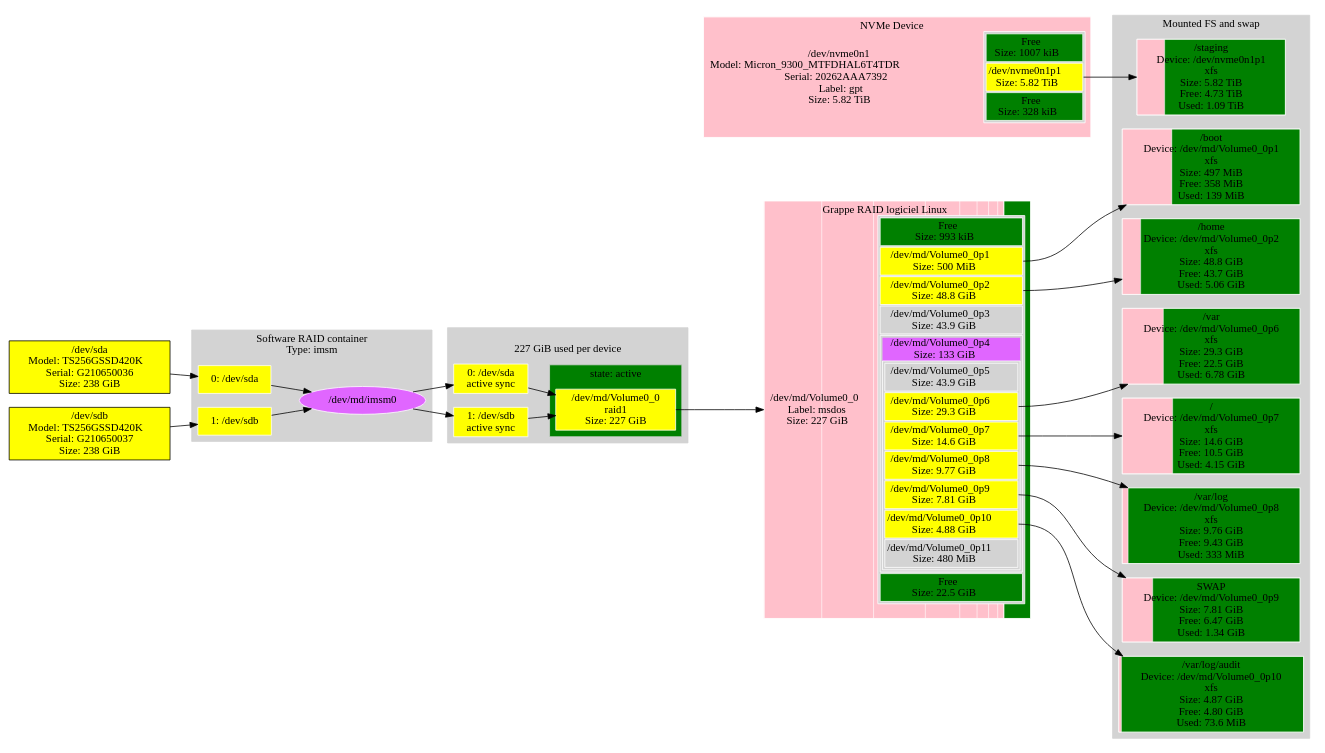
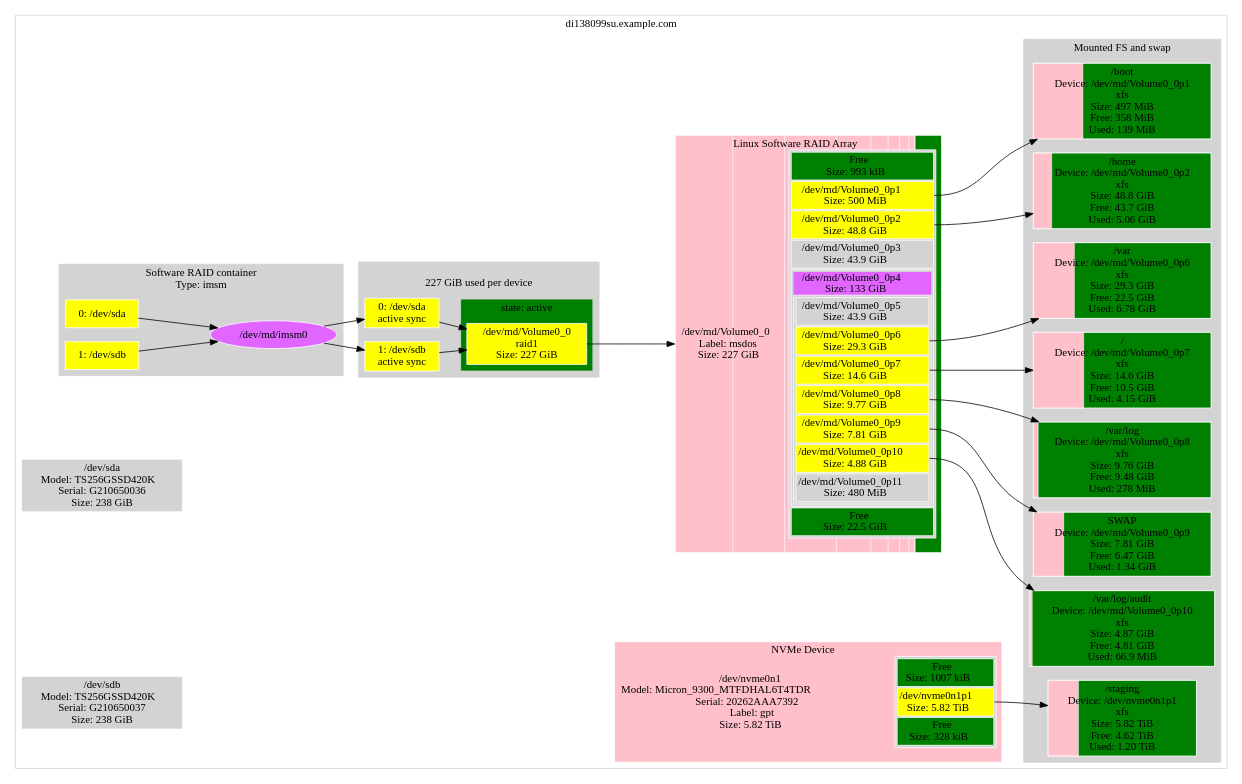
The diagram in distros/S/StorageDisplay/data/di138099su.ref.dot (metacpan/metacpan-cpan-extracted), drawn with Graphviz before and after one commit. The commit also changed 2507 other files, not shown here.

```diff
--- a/distros/S/StorageDisplay/data/di138099su.ref.dot
+++ b/distros/S/StorageDisplay/data/di138099su.ref.dot
@@ -1,253 +1,302 @@
-digraph "machine"{
-	rankdir=LR;
-	{ "@Part: md126" [
-		label=<<TABLE BORDER="0" CELLPADDING="0" CELLSPACING="0">
-				<TR> <TD COLSPAN="2">Grappe RAID logiciel Linux</TD> </TR><TR><TD >/dev/md/Volume0_0<BR/>Label: msdos<BR/>Size: 227 GiB</TD>    <TD BGCOLOR="lightgrey">
-				<TABLE >
-					<TR>
-						<TD bgcolor="green">
-						Free<BR/>Size: 993 kiB
-						</TD>
-					</TR>
-					<TR>
-						<TD PORT="1" BGCOLOR="yellow">
-						/dev/md/Volume0_0p1<BR/>Size: 500 MiB
-						</TD>
-					</TR>
-					<TR>
-						<TD PORT="2" BGCOLOR="yellow">
-						/dev/md/Volume0_0p2<BR/>Size: 48.8 GiB
-						</TD>
-					</TR>
-					<TR>
-						<TD PORT="3" BGCOLOR="lightgrey">
-						/dev/md/Volume0_0p3<BR/>Size: 43.9 GiB
-						</TD>
-					</TR>
-					<TR>
-						<TD>
-							<TABLE BORDER="0" CELLPADDING="0" CELLSPACING="0"><TR>
-							<TD PORT="4" BGCOLOR="mediumorchid1">
-							/dev/md/Volume0_0p4<BR/>Size: 133 GiB
-							</TD></TR><TR><TD>
-							<TABLE >
-								<TR>
-									<TD PORT="5" BGCOLOR="lightgrey">
-									/dev/md/Volume0_0p5<BR/>Size: 43.9 GiB
-									</TD>
-								</TR>
-								<TR>
-									<TD PORT="6" BGCOLOR="yellow">
-									/dev/md/Volume0_0p6<BR/>Size: 29.3 GiB
-									</TD>
-								</TR>
-								<TR>
-									<TD PORT="7" BGCOLOR="yellow">
-									/dev/md/Volume0_0p7<BR/>Size: 14.6 GiB
-									</TD>
-								</TR>
-								<TR>
-									<TD PORT="8" BGCOLOR="yellow">
-									/dev/md/Volume0_0p8<BR/>Size: 9.77 GiB
-									</TD>
-								</TR>
-								<TR>
-									<TD PORT="9" BGCOLOR="yellow">
-									/dev/md/Volume0_0p9<BR/>Size: 7.81 GiB
-									</TD>
-								</TR>
-								<TR>
-									<TD PORT="10" BGCOLOR="yellow">
-									/dev/md/Volume0_0p10<BR/>Size: 4.88 GiB
-									</TD>
-								</TR>
-								<TR>
-									<TD PORT="11" BGCOLOR="lightgrey">
-									/dev/md/Volume0_0p11<BR/>Size: 480 MiB
-									</TD>
-								</TR>
-							</TABLE>
-							</TD></TR></TABLE>
-						</TD>
-					</TR>
-					<TR>
-						<TD bgcolor="green">
-						Free<BR/>Size: 22.5 GiB
-						</TD>
-					</TR>
-				</TABLE>
-				</TD> </TR><TR> <TD COLSPAN="2"> </TD> </TR>
-			</TABLE>
-		>;
-		// Style node
-		color=white;
-		fillcolor=lightgrey;
-		shape="rectangle";
-		style=striped;
-		fillcolor="green;0.000004:pink;0.002155:pink;0.215532:pink;0.193979:pink;0.193979:pink;0.129319:pink;0.064660:pink;0.043106:pink;0.034485:pink;0.021553:pink;0.002069:green;0.099123";
-	]; }
-	{ "@Part: nvme0n1" [
-		label=<<TABLE BORDER="0" CELLPADDING="0" CELLSPACING="0">
-				<TR> <TD COLSPAN="2">NVMe Device</TD> </TR><TR><TD >/dev/nvme0n1<BR/>Model: Micron_9300_MTFDHAL6T4TDR               <BR/>Serial: 20262AAA7392<BR/>Label: gpt<BR/>Size: 5.82 TiB</TD>    <TD BGCOLOR="lightgrey">
-				<TABLE >
-					<TR>
-						<TD bgcolor="green">
-						Free<BR/>Size: 1007 kiB
-						</TD>
-					</TR>
-					<TR>
-						<TD PORT="1" BGCOLOR="yellow">
-						/dev/nvme0n1p1<BR/>Size: 5.82 TiB
-						</TD>
-					</TR>
-					<TR>
-						<TD bgcolor="green">
-						Free<BR/>Size: 328 kiB
-						</TD>
-					</TR>
-				</TABLE>
-				</TD> </TR><TR> <TD COLSPAN="2"> </TD> </TR>
-			</TABLE>
-		>;
-		// Style node
-		color=white;
-		fillcolor=lightgrey;
-		shape="rectangle";
-		style=striped;
-		fillcolor="green;0.000000:pink;1.000000:green;0.000000";
-	]; }
-	subgraph "cluster_@MD@md126" {
+digraph "di138099su.example.com"{ // HEADER: MACHINE
+	rankdir=LR; // HEADER: MACHINE
+	subgraph "cluster_machine@di138099su.example.com" {
 		style=filled;
 		color=lightgrey;
-		fillcolor=lightgrey;
-		node [style=filled,color=white,fillcolor=lightgrey,shape=rectangle];
-		subgraph "cluster_md126@@state" {
-			{ "md126" [
-				label="/dev/md/Volume0_0\nraid1\nSize: 227 GiB";
-				fillcolor="yellow"
+		fillcolor=white;
+		node [style=filled,color=white,fillcolor=white,shape=rectangle];
+			{ "machine@di138099su.example.com|Partition::MSDOS@md126" [
+				label=<<TABLE BORDER="0" CELLPADDING="0" CELLSPACING="0">
+						<TR> <TD COLSPAN="2">Linux Software RAID Array</TD> </TR><TR><TD >/dev/md/Volume0_0<BR/>Label: msdos<BR/>Size: 227 GiB</TD>    <TD BGCOLOR="lightgrey">
+						<TABLE >
+							<TR>
+								<TD bgcolor="green">
+								Free<BR/>Size: 993 kiB
+								</TD>
+							</TR>
+							<TR>
+								<TD PORT="1" BGCOLOR="yellow">
+								/dev/md/Volume0_0p1<BR/>Size: 500 MiB
+								</TD>
+							</TR>
+							<TR>
+								<TD PORT="2" BGCOLOR="yellow">
+								/dev/md/Volume0_0p2<BR/>Size: 48.8 GiB
+								</TD>
+							</TR>
+							<TR>
+								<TD PORT="3" BGCOLOR="lightgrey">
+								/dev/md/Volume0_0p3<BR/>Size: 43.9 GiB
+								</TD>
+							</TR>
+							<TR>
+								<TD>
+									<TABLE BORDER="0" CELLPADDING="0" CELLSPACING="0"><TR>
+									<TD PORT="4" BGCOLOR="mediumorchid1">
+									/dev/md/Volume0_0p4<BR/>Size: 133 GiB
+									</TD></TR><TR><TD>
+									<TABLE >
+										<TR>
+											<TD PORT="5" BGCOLOR="lightgrey">
+											/dev/md/Volume0_0p5<BR/>Size: 43.9 GiB
+											</TD>
+										</TR>
+										<TR>
+											<TD PORT="6" BGCOLOR="yellow">
+											/dev/md/Volume0_0p6<BR/>Size: 29.3 GiB
+											</TD>
+										</TR>
+										<TR>
+											<TD PORT="7" BGCOLOR="yellow">
+											/dev/md/Volume0_0p7<BR/>Size: 14.6 GiB
+											</TD>
+										</TR>
+										<TR>
+											<TD PORT="8" BGCOLOR="yellow">
+											/dev/md/Volume0_0p8<BR/>Size: 9.77 GiB
+											</TD>
+										</TR>
+										<TR>
+											<TD PORT="9" BGCOLOR="yellow">
+											/dev/md/Volume0_0p9<BR/>Size: 7.81 GiB
+											</TD>
+										</TR>
+										<TR>
+											<TD PORT="10" BGCOLOR="yellow">
+											/dev/md/Volume0_0p10<BR/>Size: 4.88 GiB
+											</TD>
+										</TR>
+										<TR>
+											<TD PORT="11" BGCOLOR="lightgrey">
+											/dev/md/Volume0_0p11<BR/>Size: 480 MiB
+											</TD>
+										</TR>
+									</TABLE>
+									</TD></TR></TABLE>
+								</TD>
+							</TR>
+							<TR>
+								<TD bgcolor="green">
+								Free<BR/>Size: 22.5 GiB
+								</TD>
+							</TR>
+						</TABLE>
+						</TD> </TR><TR> <TD COLSPAN="2"> </TD> </TR>
+					</TABLE>
+				>;
+				// Style node
+				color=white;
+				fillcolor=lightgrey;
+				shape="rectangle";
+				style=striped;
+				fillcolor="green;0.000004:pink;0.002155:pink;0.215532:pink;0.193979:pink;0.193979:pink;0.129319:pink;0.064660:pink;0.043106:pink;0.034485:pink;0.021553:pink;0.002069:green;0.099123";
 			]; }
-			label="state: active ";
-			shape=oval
-			fillcolor=green
-		}
-		{ "@MD@md126@dev@sda" [
-			label="0: /dev/sda\nactive sync";
-			fillcolor=yellow
-		]; }
-		{ "@MD@md126@dev@sdb" [
-			label="1: /dev/sdb\nactive sync";
-			fillcolor=yellow
-		]; }
-		label="\n227 GiB used per device";
+			{ "machine@di138099su.example.com|Partition::GPT@nvme0n1" [
+				label=<<TABLE BORDER="0" CELLPADDING="0" CELLSPACING="0">
+						<TR> <TD COLSPAN="2">NVMe Device</TD> </TR><TR><TD >/dev/nvme0n1<BR/>Model: Micron_9300_MTFDHAL6T4TDR               <BR/>Serial: 20262AAA7392<BR/>Label: gpt<BR/>Size: 5.82 TiB</TD>    <TD BGCOLOR="lightgrey">
+						<TABLE >
+							<TR>
+								<TD bgcolor="green">
+								Free<BR/>Size: 1007 kiB
+								</TD>
+							</TR>
+							<TR>
+								<TD PORT="1" BGCOLOR="yellow">
+								/dev/nvme0n1p1<BR/>Size: 5.82 TiB
+								</TD>
+							</TR>
+							<TR>
+								<TD bgcolor="green">
+								Free<BR/>Size: 328 kiB
+								</TD>
+							</TR>
+						</TABLE>
+						</TD> </TR><TR> <TD COLSPAN="2"> </TD> </TR>
+					</TABLE>
+				>;
+				// Style node
+				color=white;
+				fillcolor=lightgrey;
+				shape="rectangle";
+				style=striped;
+				fillcolor="green;0.000000:pink;1.000000:green;0.000000";
+			]; }
+			subgraph "cluster_machine@di138099su.example.com|RAID::MD@md126" {
+				style=filled;
+				color=lightgrey;
+				fillcolor=lightgrey;
+				node [style=filled,color=white,fillcolor=lightgrey,shape=rectangle];
+				subgraph "cluster_machine@di138099su.example.com|RAID::MD@md126|::State" {
+					{ "machine@di138099su.example.com|RAID::MD@md126|::State|::RaidDevice@md126" [
+						label="/dev/md/Volume0_0\nraid1\nSize: 227 GiB";
+						fillcolor="yellow"
+					]; }
+					label="state: active ";
+					shape=oval
+					fillcolor=green
+				}
+				{ "machine@di138099su.example.com|RAID::MD@md126|::Device@sda" [
+					label="0: /dev/sda\nactive sync";
+					fillcolor=yellow
+				]; }
+				{ "machine@di138099su.example.com|RAID::MD@md126|::Device@sdb" [
+					label="1: /dev/sdb\nactive sync";
+					fillcolor=yellow
+				]; }
+				label="\n227 GiB used per device";
+			}
+			subgraph "cluster_machine@di138099su.example.com|RAID::MD::Container@md127" {
+				style=filled;
+				color=lightgrey;
+				fillcolor=lightgrey;
+				node [style=filled,color=white,fillcolor=lightgrey,shape=rectangle];
+				{ "machine@di138099su.example.com|RAID::MD::Container@md127|RAID::ContainerDevice@md127" [
+					label="/dev/md/imsm0";
+					shape=oval;
+					fillcolor=mediumorchid1;
+				]; }
+				{ "machine@di138099su.example.com|RAID::MD::Container@md127|RAID::Device@sda" [
+					label="0: /dev/sda";
+					fillcolor=yellow
+				]; }
+				{ "machine@di138099su.example.com|RAID::MD::Container@md127|RAID::Device@sdb" [
+					label="1: /dev/sdb";
+					fillcolor=yellow
+				]; }
+				label="Software RAID container\nType: imsm";
+			}
+			subgraph "cluster_machine@di138099su.example.com|FS" {
+				style=filled;
+				color=lightgrey;
+				fillcolor=lightgrey;
+				node [style=filled,color=white,fillcolor=lightgrey,shape=rectangle];
+				{ "machine@di138099su.example.com|FS|::FS@/boot" [
+					label="/boot\nDevice: /dev/md/Volume0_0p1\nxfs\nSize: 497 MiB\nFree: 358 MiB\nUsed: 139 MiB";
+					style=striped;fillcolor="pink;0.279154.2:green"
+				]; }
+				{ "machine@di138099su.example.com|FS|::FS@/var/log/audit" [
+					label="/var/log/audit\nDevice: /dev/md/Volume0_0p10\nxfs\nSize: 4.87 GiB\nFree: 4.81 GiB\nUsed: 66.9 MiB";
+					style=striped;fillcolor="pink;0.013411.2:green"
+				]; }
+				{ "machine@di138099su.example.com|FS|::FS@/home" [
+					label="/home\nDevice: /dev/md/Volume0_0p2\nxfs\nSize: 48.8 GiB\nFree: 43.7 GiB\nUsed: 5.06 GiB";
+					style=striped;fillcolor="pink;0.103745.2:green"
+				]; }
+				{ "machine@di138099su.example.com|FS|::FS@/var" [
+					label="/var\nDevice: /dev/md/Volume0_0p6\nxfs\nSize: 29.3 GiB\nFree: 22.5 GiB\nUsed: 6.78 GiB";
+					style=striped;fillcolor="pink;0.231451.2:green"
+				]; }
+				{ "machine@di138099su.example.com|FS|::FS@/" [
+					label="/\nDevice: /dev/md/Volume0_0p7\nxfs\nSize: 14.6 GiB\nFree: 10.5 GiB\nUsed: 4.15 GiB";
+					style=striped;fillcolor="pink;0.283654.2:green"
+				]; }
+				{ "machine@di138099su.example.com|FS|::FS@/var/log" [
+					label="/var/log\nDevice: /dev/md/Volume0_0p8\nxfs\nSize: 9.76 GiB\nFree: 9.48 GiB\nUsed: 278 MiB";
+					style=striped;fillcolor="pink;0.027839.2:green"
+				]; }
+				{ "machine@di138099su.example.com|FS|::FS@/staging" [
+					label="/staging\nDevice: /dev/nvme0n1p1\nxfs\nSize: 5.82 TiB\nFree: 4.62 TiB\nUsed: 1.20 TiB";
+					style=striped;fillcolor="pink;0.205437.2:green"
+				]; }
+				{ "machine@di138099su.example.com|FS|::SWAP::Partition@md126p9" [
+					label="SWAP\nDevice: /dev/md/Volume0_0p9\nSize: 7.81 GiB\nFree: 6.47 GiB\nUsed: 1.34 GiB";
+					style=striped;fillcolor="pink;0.171563.2:green"
+				]; }
+				label="Mounted FS and swap";
+			}
+			subgraph "cluster_machine@di138099su.example.com|Libvirt" {
+				style=filled;
+				color=lightgrey;
+				fillcolor=lightgrey;
+				node [style=filled,color=white,fillcolor=lightgrey,shape=rectangle];
+				label="Libvirt Virtual Machines";
+			}
+			{ "machine@di138099su.example.com|Partition::None@sda" [
+				label="/dev/sda\nModel: TS256GSSD420K   \nSerial: G210650036\nSize: 238 GiB";
+				fillcolor="lightgrey"
+				style=filled
+				shape=rectangle
+			]; }
+			{ "machine@di138099su.example.com|Partition::None@sdb" [
+				label="/dev/sdb\nModel: TS256GSSD420K   \nSerial: G210650037\nSize: 238 GiB";
+				fillcolor="lightgrey"
+				style=filled
+				shape=rectangle
+			]; }
+			// Links from MD: /dev/md/Volume0_0
+			"machine@di138099su.example.com|RAID::MD@md126|::Device@sda" -> "machine@di138099su.example.com|RAID::MD@md126|::State|::RaidDevice@md126"
+			"machine@di138099su.example.com|RAID::MD@md126|::Device@sdb" -> "machine@di138099su.example.com|RAID::MD@md126|::State|::RaidDevice@md126"
+			// Links from MD: /dev/md/imsm0
+			"machine@di138099su.example.com|RAID::MD::Container@md127|RAID::Device@sda" -> "machine@di138099su.example.com|RAID::MD::Container@md127|RAID::ContainerDevice@md127"
+			"machine@di138099su.example.com|RAID::MD::Container@md127|RAID::Device@sdb" -> "machine@di138099su.example.com|RAID::MD::Container@md127|RAID::ContainerDevice@md127"
+			// Links for Partition::MSDOS@md126
+			"machine@di138099su.example.com|RAID::MD@md126|::State|::RaidDevice@md126" -> "machine@di138099su.example.com|Partition::MSDOS@md126"
+			// Links for Partition::MSDOS@md126
+			// Links for Partition::Table
+			// Links for Partition::Table::Part::Free@_1
+			// Links for Partition::Table::Part::Data@md126p1
+			// Links for Partition::Table::Part::Data@md126p2
+			// Links for Partition::Table::Part::Data@md126p3
+			// Links for Partition::Table::Part::SubTable@md126p4
+			// Links for Partition::Table::Part::Data@md126p5
+			// Links for Partition::Table::Part::Data@md126p6
+			// Links for Partition::Table::Part::Data@md126p7
+			// Links for Partition::Table::Part::Data@md126p8
+			// Links for Partition::Table::Part::Data@md126p9
+			// Links for Partition::Table::Part::Data@md126p10
+			// Links for Partition::Table::Part::Data@md126p11
+			// Links for Partition::Table::Part::Free@_2
+			// Links for Partition::GPT@nvme0n1
+			// TARGET LINK: di138099su.example.com 6401252745216 nvme0n1 "machine@di138099su.example.com|Partition::GPT@nvme0n1"
+			// Links for Partition::Table
+			// Links for Partition::Table::Part::Free@_1
+			// Links for Partition::Table::Part::Data@nvme0n1p1
+			// Links for Partition::Table::Part::Free@_2
+			// Links for MD: /dev/md/Volume0_0
+			// Links for RAID::MD::State
+			// Links for RAID::MD::State::RaidDevice@md126
+			// Links for RAID::MD::Device@sda
+			"machine@di138099su.example.com|RAID::MD::Container@md127|RAID::ContainerDevice@md127" -> "machine@di138099su.example.com|RAID::MD@md126|::Device@sda"
+			// Links for RAID::MD::Device@sda
+			// Links for RAID::MD::Device@sdb
+			"machine@di138099su.example.com|RAID::MD::Container@md127|RAID::ContainerDevice@md127" -> "machine@di138099su.example.com|RAID::MD@md126|::Device@sdb"
+			// Links for RAID::MD::Device@sdb
+			// Links for MD: /dev/md/imsm0
+			// Links for RAID::ContainerDevice@md127
+			// Links for RAID::Device@sda
+			// TARGET LINK: di138099su.example.com 256060514304 sda "machine@di138099su.example.com|RAID::MD::Container@md127|RAID::Device@sda"
+			// Links for RAID::Device@sdb
+			// TARGET LINK: di138099su.example.com 256060514304 sdb "machine@di138099su.example.com|RAID::MD::Container@md127|RAID::Device@sdb"
+			// Links for FS
+			// Links for FS::FS@/boot
+			"machine@di138099su.example.com|Partition::MSDOS@md126":"1" -> "machine@di138099su.example.com|FS|::FS@/boot"
+			// Links for FS::FS@/boot
+			// Links for FS::FS@/var/log/audit
+			"machine@di138099su.example.com|Partition::MSDOS@md126":"10" -> "machine@di138099su.example.com|FS|::FS@/var/log/audit"
+			// Links for FS::FS@/var/log/audit
+			// Links for FS::FS@/home
+			"machine@di138099su.example.com|Partition::MSDOS@md126":"2" -> "machine@di138099su.example.com|FS|::FS@/home"
+			// Links for FS::FS@/home
+			// Links for FS::FS@/var
+			"machine@di138099su.example.com|Partition::MSDOS@md126":"6" -> "machine@di138099su.example.com|FS|::FS@/var"
+			// Links for FS::FS@/var
+			// Links for FS::FS@/
+			"machine@di138099su.example.com|Partition::MSDOS@md126":"7" -> "machine@di138099su.example.com|FS|::FS@/"
+			// Links for FS::FS@/
+			// Links for FS::FS@/var/log
+			"machine@di138099su.example.com|Partition::MSDOS@md126":"8" -> "machine@di138099su.example.com|FS|::FS@/var/log"
+			// Links for FS::FS@/var/log
+			// Links for FS::FS@/staging
+			"machine@di138099su.example.com|Partition::GPT@nvme0n1":"1" -> "machine@di138099su.example.com|FS|::FS@/staging"
+			// Links for FS::FS@/staging
+			// Links for FS::SWAP::Partition@md126p9
+			"machine@di138099su.example.com|Partition::MSDOS@md126":"9" -> "machine@di138099su.example.com|FS|::SWAP::Partition@md126p9"
+			// Links for FS::SWAP::Partition@md126p9
+			// Links for Libvirt Virtual Machines
+			// Links for Partition::None@sda
+			// TARGET LINK: di138099su.example.com 256060514304 sda "machine@di138099su.example.com|Partition::None@sda"
+			// Links for Partition::None@sdb
+			// TARGET LINK: di138099su.example.com 256060514304 sdb "machine@di138099su.example.com|Partition::None@sdb"
+		label="di138099su.example.com";
 	}
-	subgraph "cluster_@MD@md127" {
-		style=filled;
-		color=lightgrey;
-		fillcolor=lightgrey;
-		node [style=filled,color=white,fillcolor=lightgrey,shape=rectangle];
-		{ "md127" [
-			label="/dev/md/imsm0";
-			shape=oval;
-			fillcolor=mediumorchid1;
-		]; }
-		{ "@MD@md127@dev@sda" [
-			label="0: /dev/sda";
-			fillcolor=yellow
-		]; }
-		{ "@MD@md127@dev@sdb" [
-			label="1: /dev/sdb";
-			fillcolor=yellow
-		]; }
-		label="Software RAID container\nType: imsm";
-	}
-	subgraph "cluster_@FS" {
-		style=filled;
-		color=lightgrey;
-		fillcolor=lightgrey;
-		node [style=filled,color=white,fillcolor=lightgrey,shape=rectangle];
-		{ "@FS@/boot" [
-			label="/boot\nDevice: /dev/md/Volume0_0p1\nxfs\nSize: 497 MiB\nFree: 358 MiB\nUsed: 139 MiB";
-			style=striped;fillcolor="pink;0.279154.2:green"
-		]; }
-		{ "@FS@/var/log/audit" [
-			label="/var/log/audit\nDevice: /dev/md/Volume0_0p10\nxfs\nSize: 4.87 GiB\nFree: 4.80 GiB\nUsed: 73.6 MiB";
-			style=striped;fillcolor="pink;0.014751.2:green"
-		]; }
-		{ "@FS@/home" [
-			label="/home\nDevice: /dev/md/Volume0_0p2\nxfs\nSize: 48.8 GiB\nFree: 43.7 GiB\nUsed: 5.06 GiB";
-			style=striped;fillcolor="pink;0.103745.2:green"
-		]; }
-		{ "@FS@/var" [
-			label="/var\nDevice: /dev/md/Volume0_0p6\nxfs\nSize: 29.3 GiB\nFree: 22.5 GiB\nUsed: 6.78 GiB";
-			style=striped;fillcolor="pink;0.231542.2:green"
-		]; }
-		{ "@FS@/" [
-			label="/\nDevice: /dev/md/Volume0_0p7\nxfs\nSize: 14.6 GiB\nFree: 10.5 GiB\nUsed: 4.15 GiB";
-			style=striped;fillcolor="pink;0.283651.2:green"
-		]; }
-		{ "@FS@/var/log" [
-			label="/var/log\nDevice: /dev/md/Volume0_0p8\nxfs\nSize: 9.76 GiB\nFree: 9.43 GiB\nUsed: 333 MiB";
-			style=striped;fillcolor="pink;0.033353.2:green"
-		]; }
-		{ "@FS@/staging" [
-			label="/staging\nDevice: /dev/nvme0n1p1\nxfs\nSize: 5.82 TiB\nFree: 4.73 TiB\nUsed: 1.09 TiB";
-			style=striped;fillcolor="pink;0.187132.2:green"
-		]; }
-		{ "@FS@SWAP@md126p9" [
-			label="SWAP\nDevice: /dev/md/Volume0_0p9\nSize: 7.81 GiB\nFree: 6.47 GiB\nUsed: 1.34 GiB";
-			style=striped;fillcolor="pink;0.171594.2:green"
-		]; }
-		label="Mounted FS and swap";
-	}
-	subgraph "cluster_@libvirt" {
-		style=filled;
-		color=lightgrey;
-		fillcolor=lightgrey;
-		node [style=filled,color=white,fillcolor=lightgrey,shape=rectangle];
-		label="Libvirt Virtual Machines";
-	}
-	{ "sda" [
-		label="/dev/sda\nModel: TS256GSSD420K   \nSerial: G210650036\nSize: 238 GiB";
-		fillcolor="yellow"
-		style=filled
-		shape=rectangle
-	]; }
-	{ "sdb" [
-		label="/dev/sdb\nModel: TS256GSSD420K   \nSerial: G210650037\nSize: 238 GiB";
-		fillcolor="yellow"
-		style=filled
-		shape=rectangle
-	]; }
-	// Links from MD: /dev/md/Volume0_0
-	"@MD@md126@dev@sda" -> "md126"
-	"@MD@md126@dev@sdb" -> "md126"
-	// Links from MD: /dev/md/imsm0
-	"@MD@md127@dev@sda" -> "md127"
-	"@MD@md127@dev@sdb" -> "md127"
-	// Links for @Part: md126
-	"md126" -> "@Part: md126"
-	// Links for @MD@md126@dev@sda
-	"md127" -> "@MD@md126@dev@sda"
-	// Links for @MD@md126@dev@sdb
-	"md127" -> "@MD@md126@dev@sdb"
-	// Links for @MD@md127@dev@sda
-	"sda" -> "@MD@md127@dev@sda"
-	// Links for @MD@md127@dev@sdb
-	"sdb" -> "@MD@md127@dev@sdb"
-	// Links for @FS@/boot
-	"@Part: md126":"1" -> "@FS@/boot"
-	// Links for @FS@/var/log/audit
-	"@Part: md126":"10" -> "@FS@/var/log/audit"
-	// Links for @FS@/home
-	"@Part: md126":"2" -> "@FS@/home"
-	// Links for @FS@/var
-	"@Part: md126":"6" -> "@FS@/var"
-	// Links for @FS@/
-	"@Part: md126":"7" -> "@FS@/"
-	// Links for @FS@/var/log
-	"@Part: md126":"8" -> "@FS@/var/log"
-	// Links for @FS@/staging
-	"@Part: nvme0n1":"1" -> "@FS@/staging"
-	// Links for @FS@SWAP@md126p9
-	"@Part: md126":"9" -> "@FS@SWAP@md126p9"
-}
+} // FOOTER: MACHINE
```
